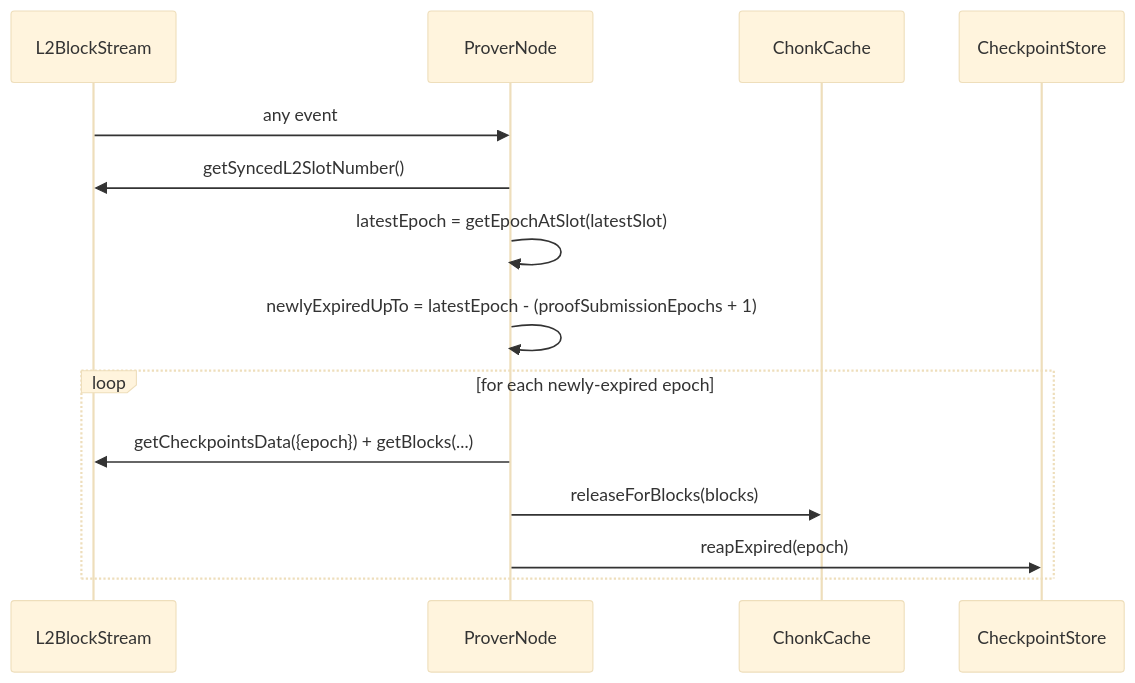
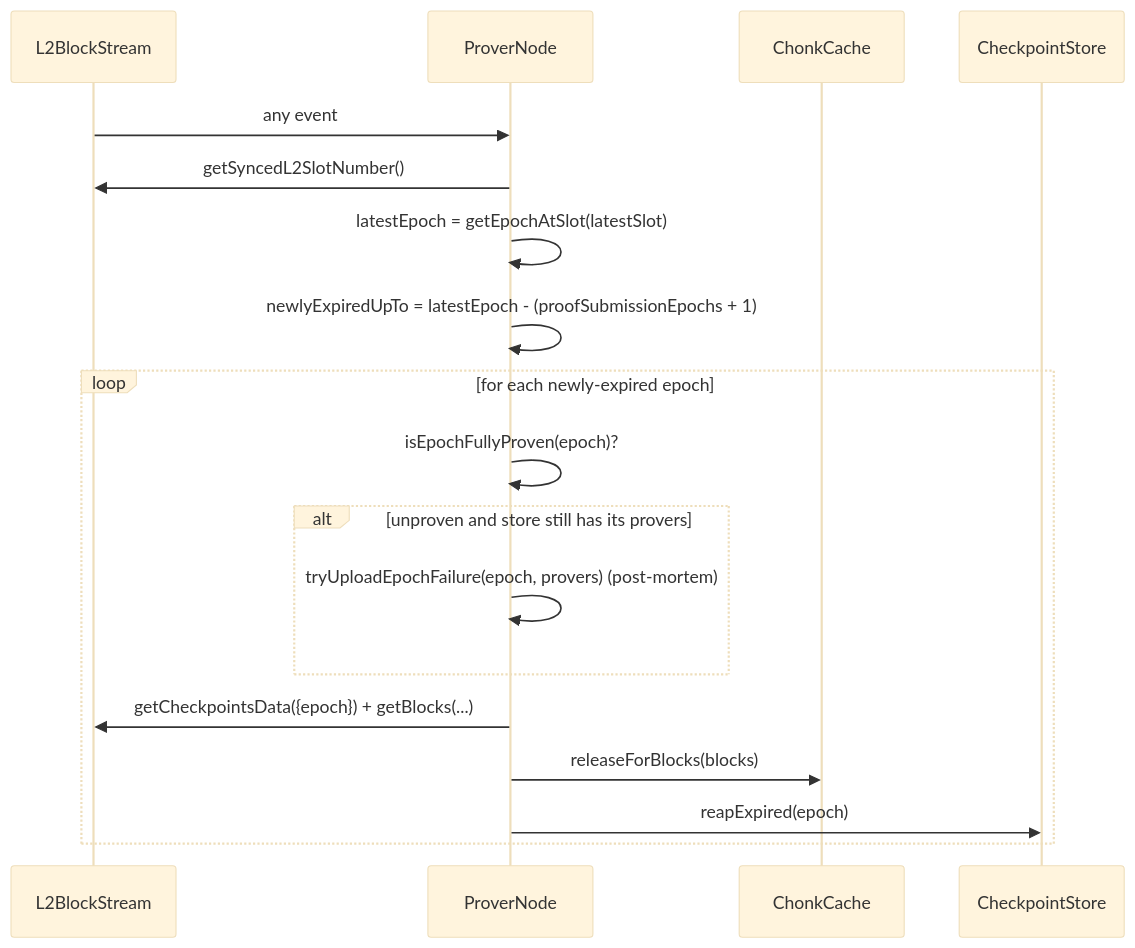
Before and after one commit to AztecProtocol/aztec-packages: the seventh of 7 diagrams in yarn-project/prover-node/README.md, drawn with Mermaid (base theme). The commit also changed other lines of this file and 7 other files, not shown here.

````diff
--- a/yarn-project/prover-node/README.md
+++ b/yarn-project/prover-node/README.md
@@ -328,17 +340,21 @@
 ```mermaid
 sequenceDiagram
   participant L2 as L2BlockStream
   participant PN as ProverNode
   participant CC as ChonkCache
   participant CS as CheckpointStore
 
   L2->>PN: any event
   PN->>L2: getSyncedL2SlotNumber()
   PN->>PN: latestEpoch = getEpochAtSlot(latestSlot)
   PN->>PN: newlyExpiredUpTo = latestEpoch - (proofSubmissionEpochs + 1)
   loop for each newly-expired epoch
+    PN->>PN: isEpochFullyProven(epoch)?
+    alt unproven and store still has its provers
+      PN->>PN: tryUploadEpochFailure(epoch, provers) (post-mortem)
+    end
     PN->>L2: getCheckpointsData({epoch}) + getBlocks(...)
     PN->>CC: releaseForBlocks(blocks)
     PN->>CS: reapExpired(epoch)
   end
 ```
````
